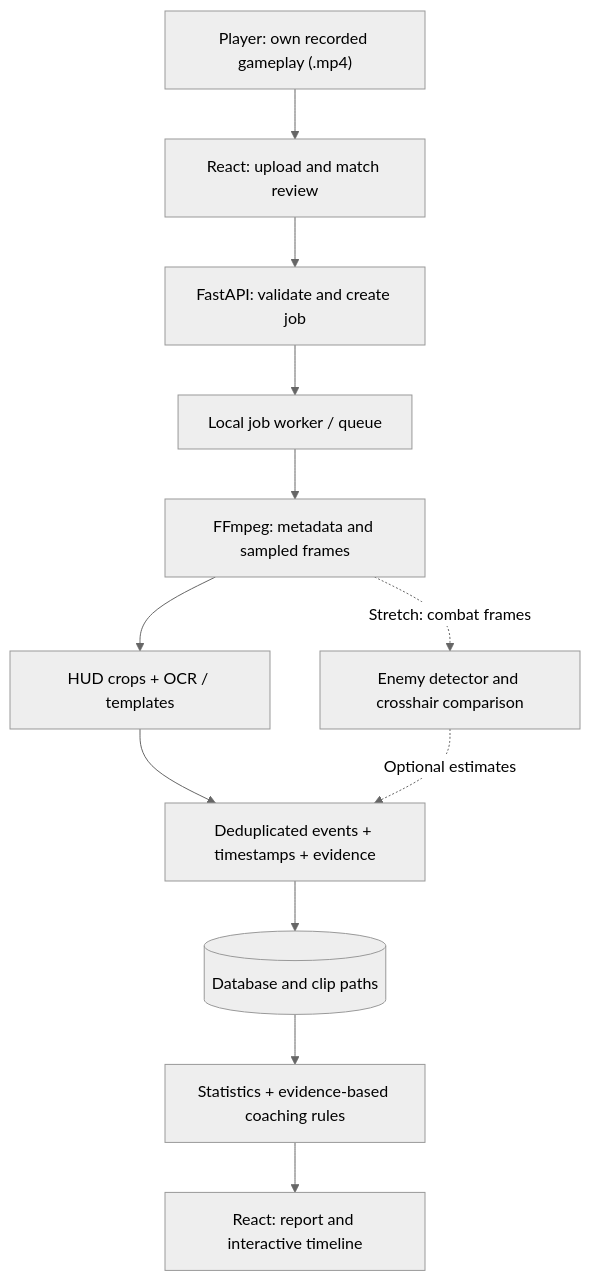
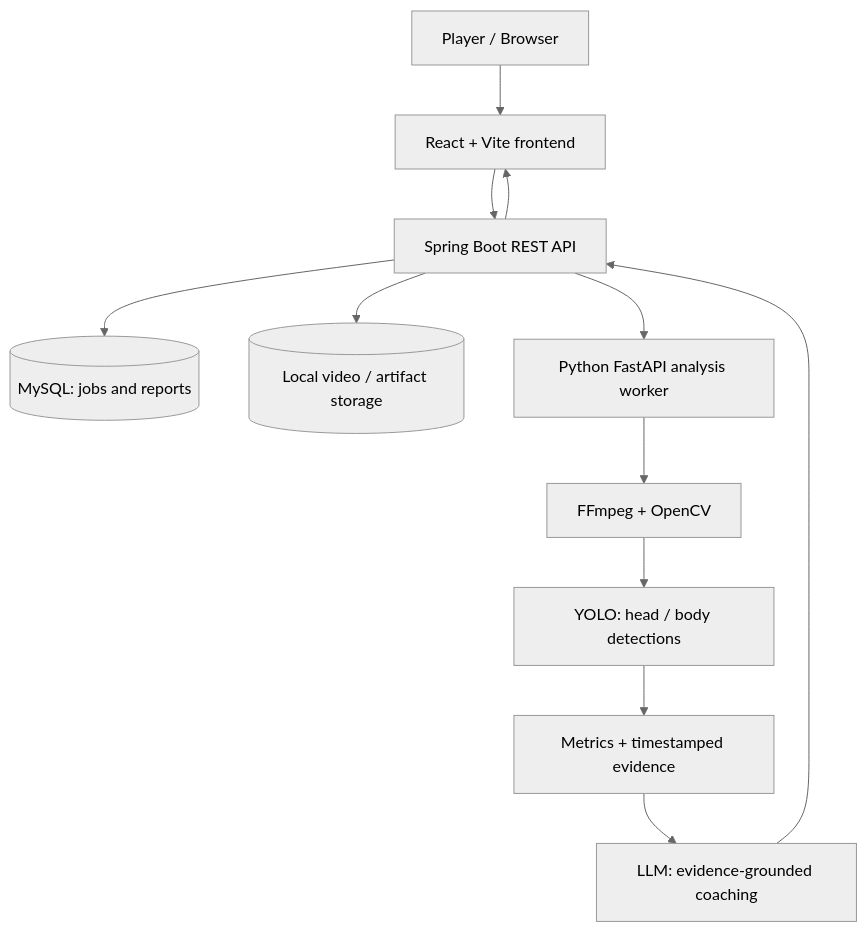
Before and after one commit to DrFaustus3455/Vanlyzer: the diagram in README.md, drawn with Mermaid (neutral theme). The commit also changed other lines of this file and 4 other files, not shown here.

````diff
--- a/README.md
+++ b/README.md
@@ -267,14 +86,14 @@
 ```mermaid
 flowchart TD
-    U["Player: own recorded gameplay (.mp4)"] --> UI["React: upload and match review"]
-    UI --> API["FastAPI: validate and create job"]
-    API --> Q["Local job worker / queue"]
-    Q --> F["FFmpeg: metadata and sampled frames"]
-    F --> H["HUD crops + OCR / templates"]
-    H --> E["Deduplicated events + timestamps + evidence"]
-    E --> DB[("Database and clip paths")]
-    DB --> S["Statistics + evidence-based coaching rules"]
-    S --> R["React: report and interactive timeline"]
-    F -. "Stretch: combat frames" .-> X["Enemy detector and crosshair comparison"]
-    X -. "Optional estimates" .-> E
+    U[Player / Browser] --> R[React + Vite frontend]
+    R --> B[Spring Boot REST API]
+    B --> D[(MySQL: jobs and reports)]
+    B --> S[(Local video / artifact storage)]
+    B --> P[Python FastAPI analysis worker]
+    P --> F[FFmpeg + OpenCV]
+    F --> Y[YOLO: head / body detections]
+    Y --> M[Metrics + timestamped evidence]
+    M --> L[LLM: evidence-grounded coaching]
+    L --> B
+    B --> R
 ```
````
